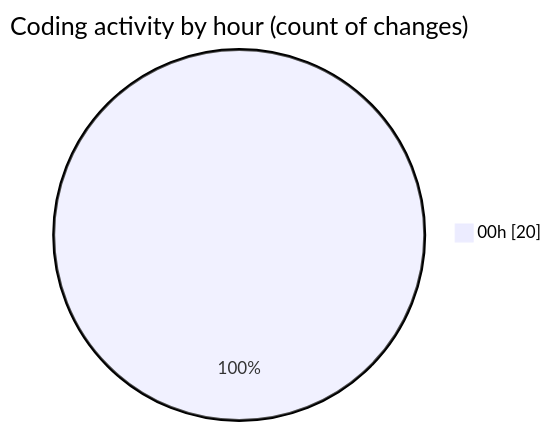
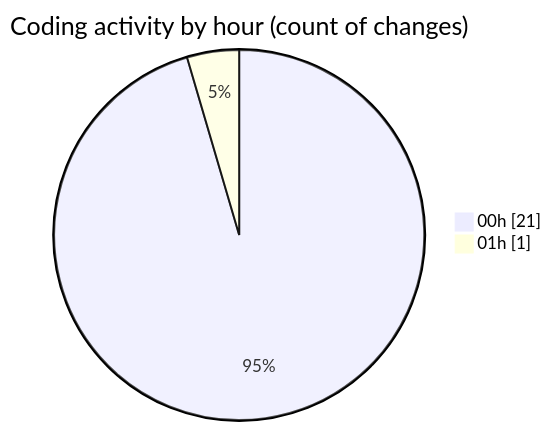
One commit to Ritupan-Deka/code-tracking changed the second of 2 diagrams in 2025-06-22/___base/README.md. Above: the diagram before and after it, drawn with Mermaid. The commit also changed other lines of this file and 1 other file, not shown here.

````diff
--- a/2025-06-22/___base/README.md
+++ b/2025-06-22/___base/README.md
@@ -30,5 +30,6 @@
 ```mermaid
 pie showData
 title Coding activity by hour (count of changes)
-"00h" : 20
+"00h" : 21
+"01h" : 1
 ```
````
